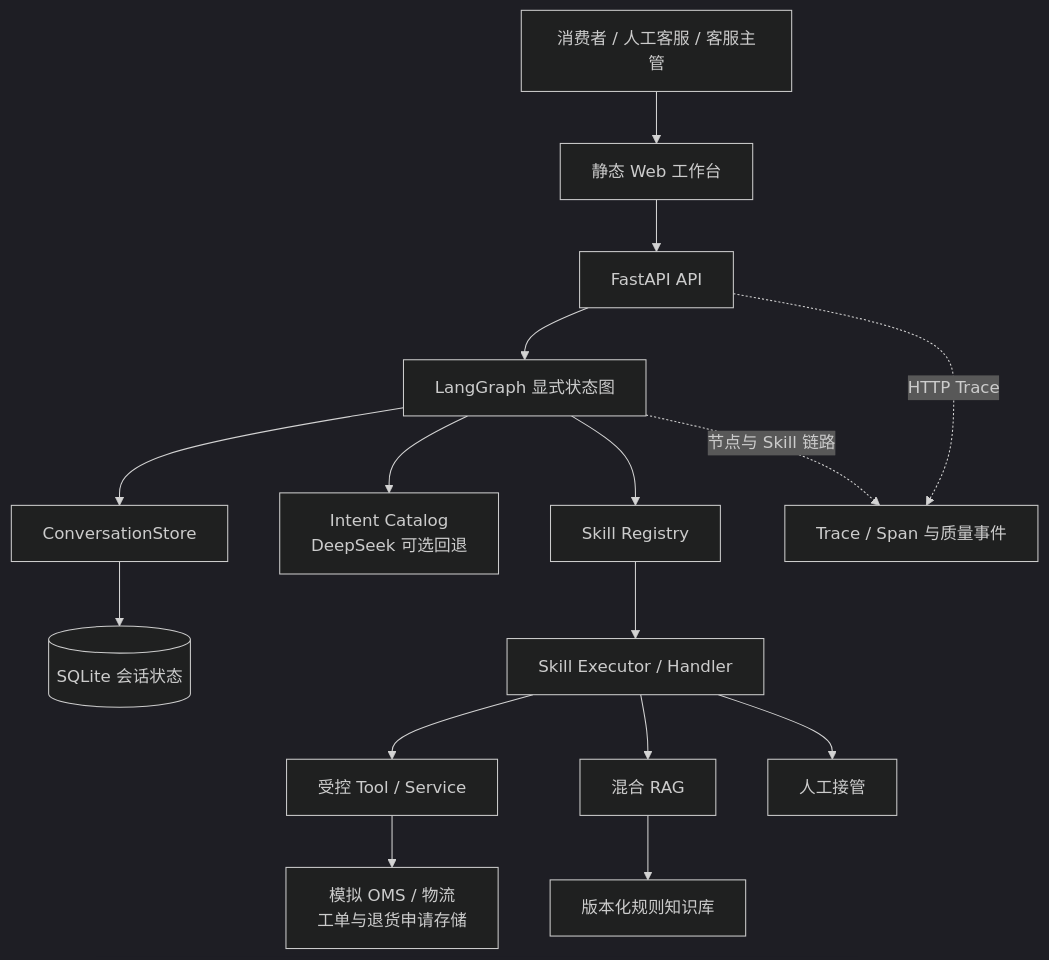
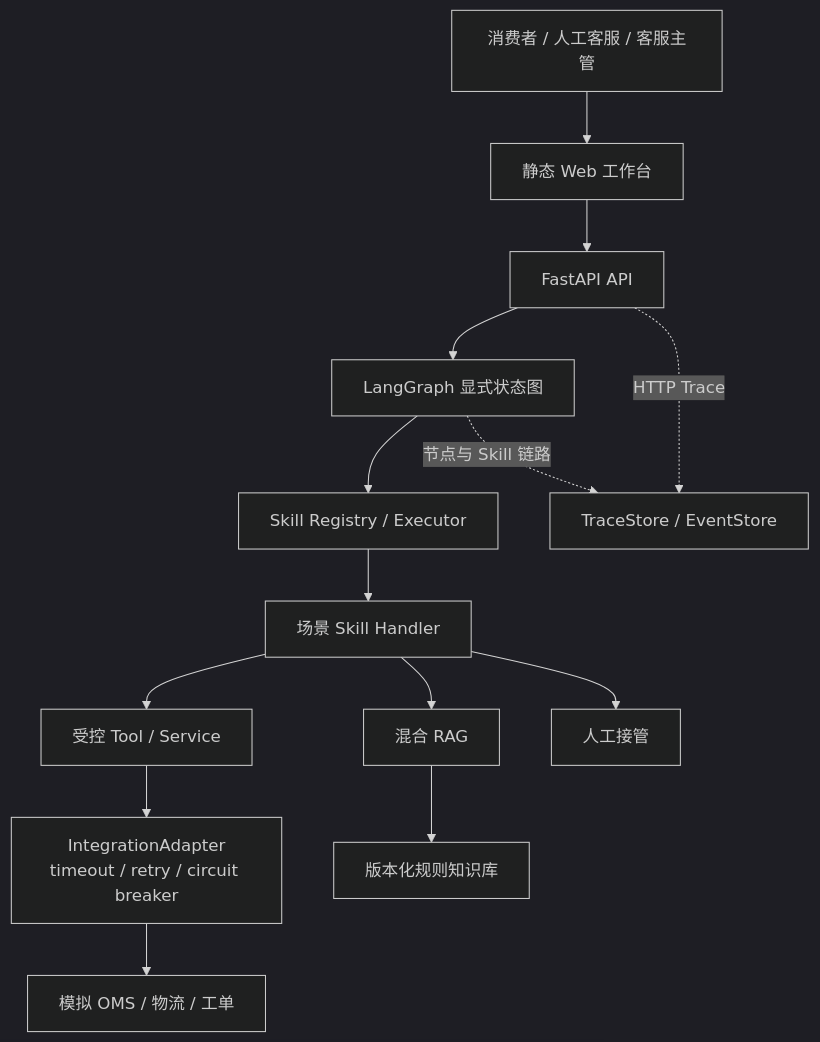
Before and after one commit to jonji886/ai-support-delivery: the diagram in README.md, drawn with Mermaid (dark theme). The commit also changed other lines of this file and 18 other files, not shown here.

````diff
--- a/README.md
+++ b/README.md
@@ -121,21 +81,16 @@
 ```mermaid
 flowchart TB
     U[消费者 / 人工客服 / 客服主管] --> W[静态 Web 工作台]
     W --> API[FastAPI API]
     API --> G[LangGraph 显式状态图]
-
-    G --> C[ConversationStore]
-    C --> DB[(SQLite 会话状态)]
-    G --> I[Intent Catalog<br/>DeepSeek 可选回退]
-    G --> R[Skill Registry]
-    R --> E[Skill Executor / Handler]
-
+    G --> R[Skill Registry / Executor]
+    R --> E[场景 Skill Handler]
     E --> T[受控 Tool / Service]
     E --> K[混合 RAG]
     E --> H[人工接管]
-    T --> D[模拟 OMS / 物流<br/>工单与退货申请存储]
+    T --> IA[IntegrationAdapter<br/>timeout / retry / circuit breaker]
+    IA --> D[模拟 OMS / 物流 / 工单]
     K --> P[版本化规则知识库]
-
-    API -. HTTP Trace .-> O[Trace / Span 与质量事件]
+    API -. HTTP Trace .-> O[TraceStore / EventStore]
     G -. 节点与 Skill 链路 .-> O
 ```
````
